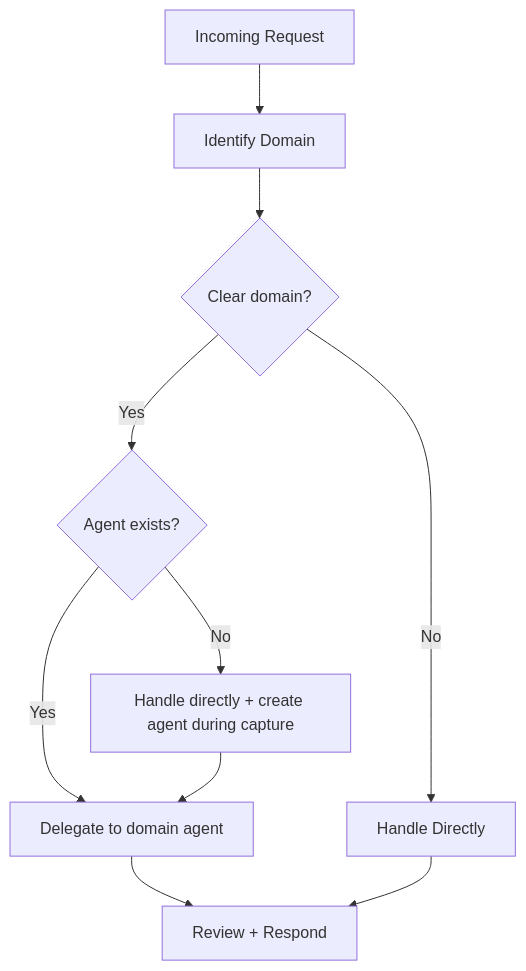
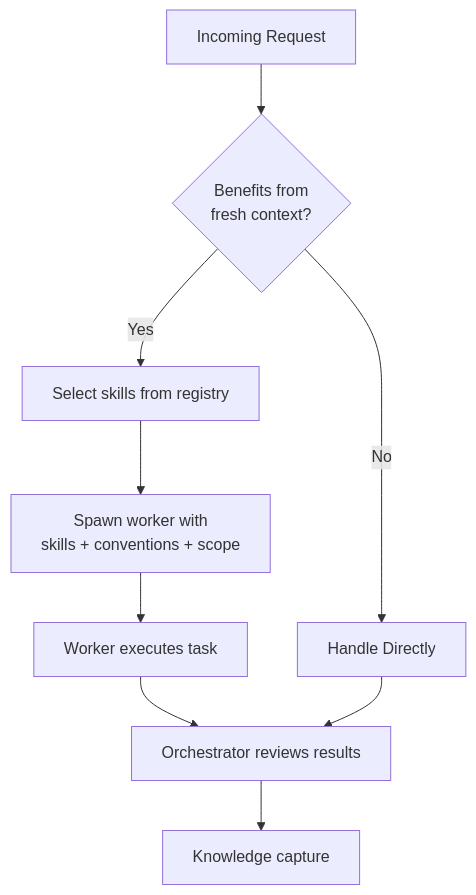
The fourth of 5 diagrams in docs/how-it-works.md (lorehq/lore-docs), drawn with Mermaid before and after one commit. The commit also changed other lines of this file and 5 other files, not shown here.

First line of the commit message:
Drop domain references from docs, update to worker model language

````diff
--- a/docs/how-it-works.md
+++ b/docs/how-it-works.md
@@ -114,12 +111,11 @@
 ```mermaid
 flowchart TD
-    Request[Incoming Request] --> Parse[Identify Domain]
-    Parse --> Q1{Clear domain?}
-    Q1 -->|No| GP[Handle Directly]
-    Q1 -->|Yes| Q3{Agent exists?}
-    Q3 -->|Yes| Delegate[Delegate to domain agent]
-    Q3 -->|No| Create[Handle directly + create agent during capture]
-    Delegate --> Review[Review + Respond]
-    Create --> Delegate
-    GP --> Review
+    Request[Incoming Request] --> Q1{Benefits from\nfresh context?}
+    Q1 -->|No| Direct[Handle Directly]
+    Q1 -->|Yes| Skills[Select skills from registry]
+    Skills --> Spawn[Spawn worker with\nskills + conventions + scope]
+    Spawn --> Execute[Worker executes task]
+    Execute --> Review[Orchestrator reviews results]
+    Direct --> Review
+    Review --> Capture[Knowledge capture]
 ```
````
